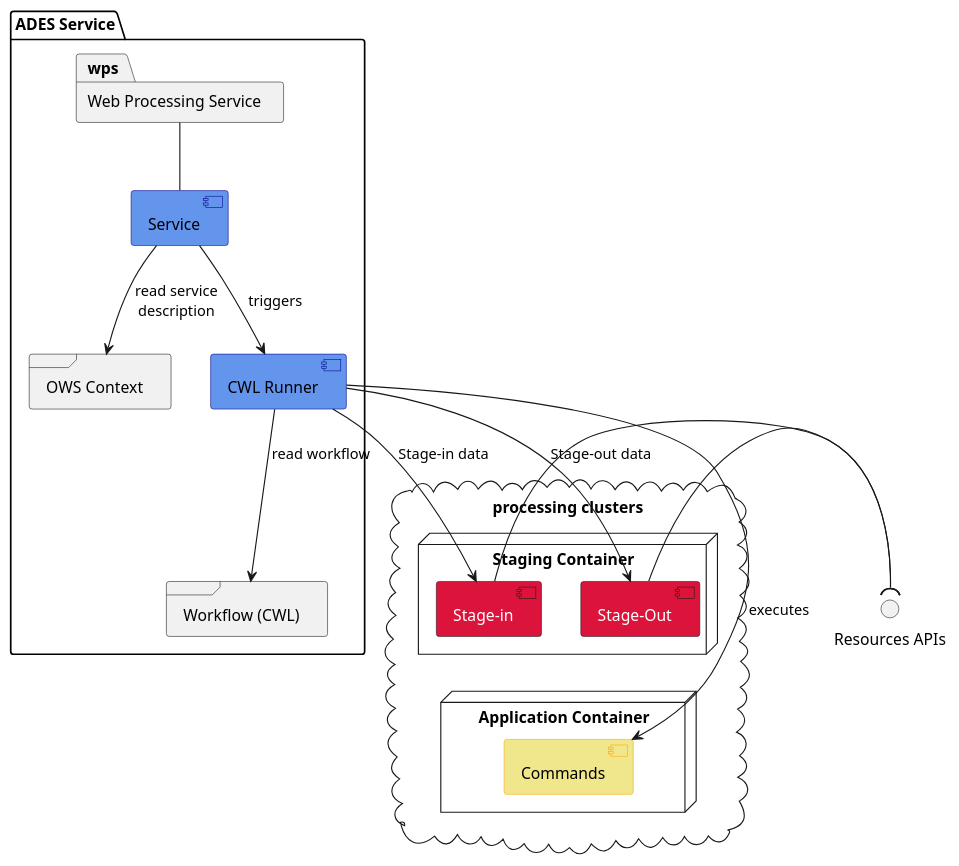
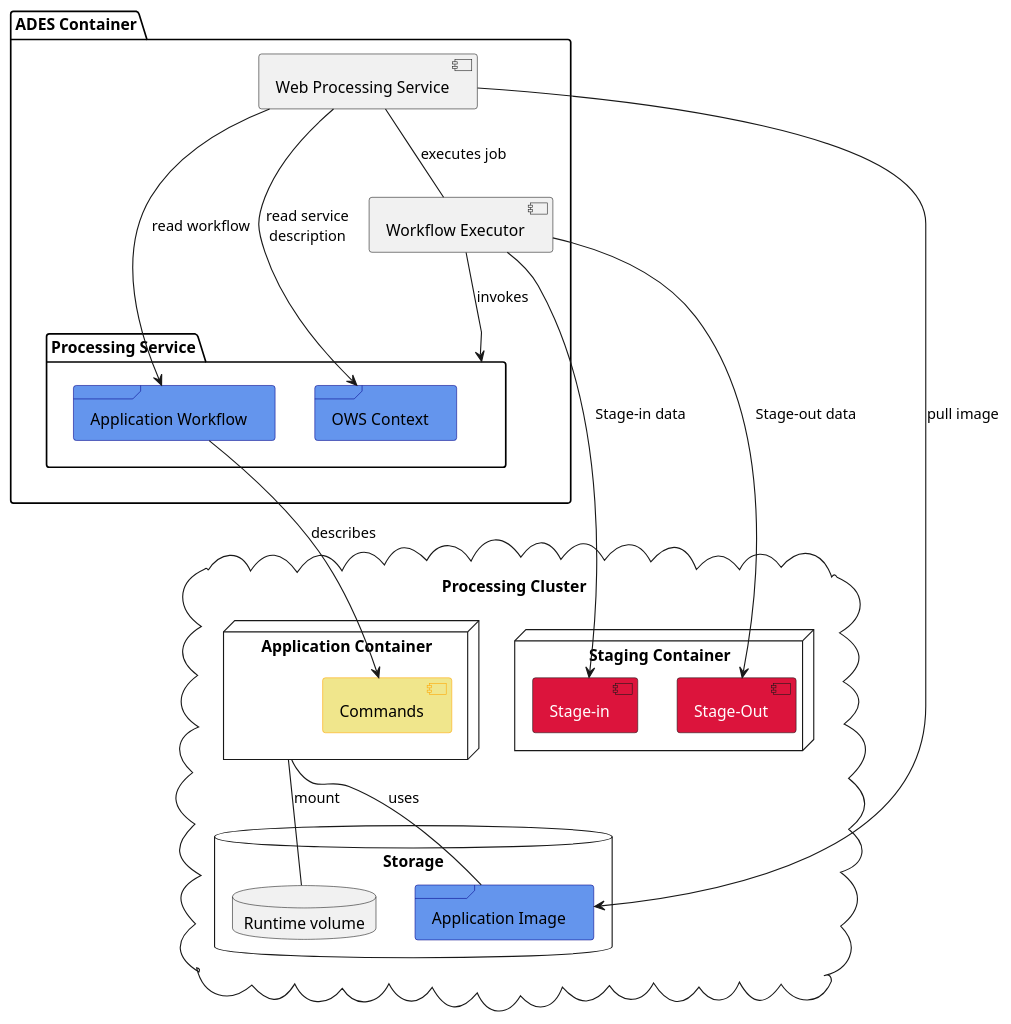
The diagram in docs/include/servicesoverview.wsd (EOEPCA/proc-ades), drawn with PlantUML before and after one commit. The commit also changed 3 other files, not shown here.

```diff
--- a/docs/include/servicesoverview.wsd
+++ b/docs/include/servicesoverview.wsd
@@ -1,66 +1,67 @@
 @startuml Service Component Diagram
 
 hide stereotype
 
 skinparam component<<tbd>> {
     BackgroundColor Crimson
     FontColor white
 }
 
-skinparam component<<3rd>> {
+skinparam frame<<3rd>> {
     BackgroundColor CornFlowerBlue
     BorderColor DarkBlue
 }
 
 skinparam component<<reuse>> {
     BackgroundColor Khaki
     BorderColor Orange
 }
 
-() "Resources APIs" as resources
+package "ADES Container"{
 
-package "ADES Service"{
+    [Web Processing Service] as wps
 
-    package "Web Processing Service" as wps
+    [Workflow Executor] as wfexe 
 
-    [Service] as zooservice <<3rd>>
+    package "**Processing Service**" as procservice{
 
-    frame "OWS Context" as ows
+        frame "OWS Context" as ows <<3rd>>
+        frame "Application Workflow" as cwlapp <<3rd>>
+    }
 
-    [CWL Runner] as cwlrun <<3rd>>
-
-    ows -[hidden]right- cwlrun
-
-    zooservice --> cwlrun : triggers
-
-    frame "Workflow (CWL)" as cwl
-
-    cwlrun --> cwl : read workflow
-    zooservice --> ows : read service\ndescription
+    wps --> cwlapp : read workflow
+    wps --> ows : read service\ndescription
 
 }
 
-cloud "processing clusters"{
+cloud "Processing Cluster"{
 
-    node "Application Container" {
+    database "Storage"{
+        frame "Application Image" as appimg <<3rd>>
+        database "Runtime volume" as volume
+    }
+
+    node "Application Container" as appcon {
         [Commands] <<reuse>> as commands
     }
 
     node "Staging Container" {
         [Stage-in] as stagein <<tbd>>
         [Stage-Out] as stageout <<tbd>>
     }
 
-    commands -[hidden]up- stagein
 }
 
-cwlrun --> stagein : Stage-in data
-cwlrun --> stageout : Stage-out data
-cwlrun -right-> commands : executes
+wfexe --> stagein : Stage-in data
+wfexe --> stageout : Stage-out data
+wfexe -down-> procservice : invokes
 
-stagein -( resources
-stageout -( resources
+cwlapp --> commands : describes
 
-wps -down- zooservice
+appcon -- appimg : uses
+appcon -- volume : mount
+
+wps -down- wfexe : executes job
+wps --> appimg : pull image
 
 @enduml
```
